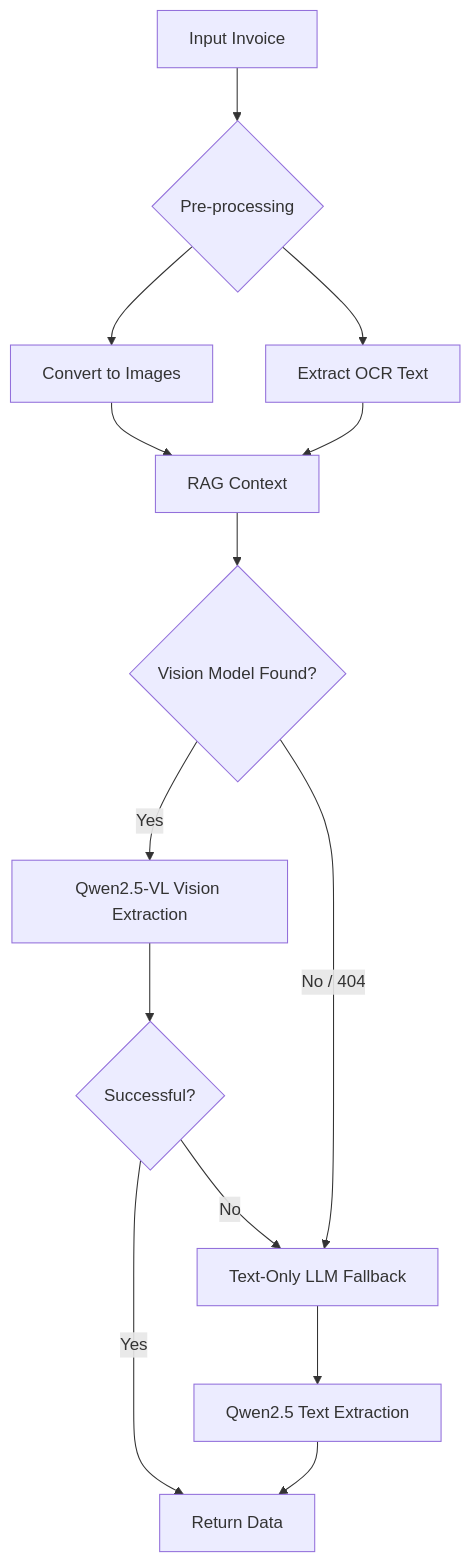
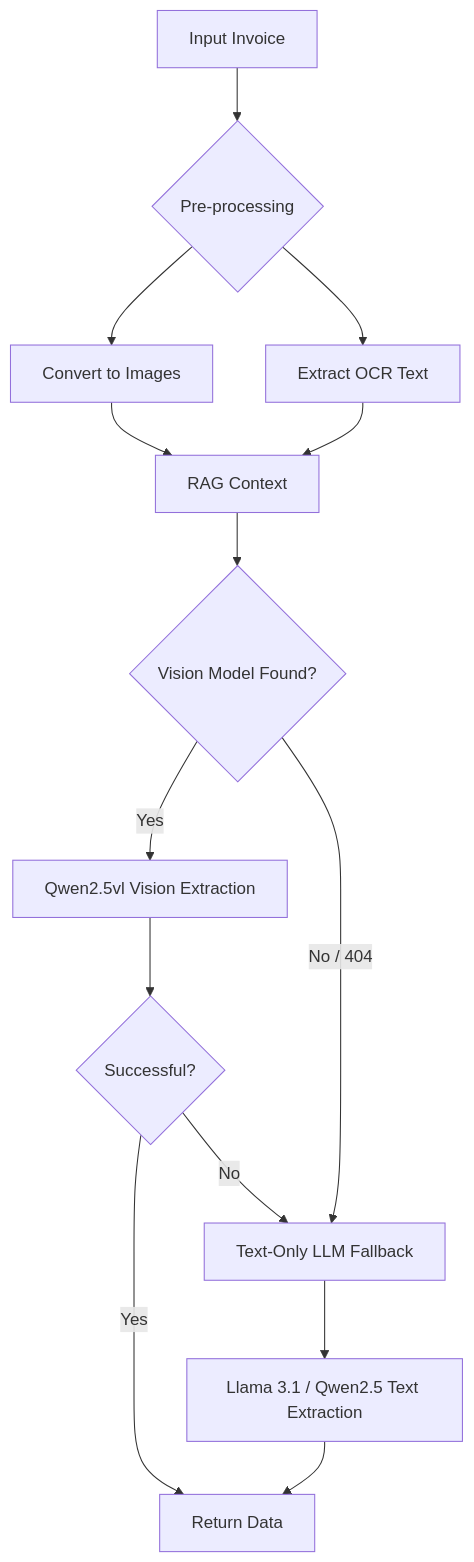
One commit to raghuramr-jpg/einvoice-processing changed the fourth of 4 diagrams in README.md. Above: the diagram before and after it, drawn with Mermaid. The commit also changed other lines of this file and 13 other files, not shown here.

````diff
--- a/README.md
+++ b/README.md
@@ -167,21 +167,21 @@
 ```mermaid
 graph TD
     A[Input Invoice] --> B{Pre-processing}
     B --> C[Convert to Images]
     B --> D[Extract OCR Text]
     
     C --> E[RAG Context]
     D --> E
     
     E --> F{Vision Model Found?}
     
-    F -- Yes --> G[Qwen2.5-VL Vision Extraction]
+    F -- Yes --> G[Qwen2.5vl Vision Extraction]
     F -- No / 404 --> H[Text-Only LLM Fallback]
     
     G --> I{Successful?}
     I -- Yes --> K[Return Data]
     I -- No --> H
     
-    H --> J[Qwen2.5 Text Extraction]
+    H --> J[Llama 3.1 / Qwen2.5 Text Extraction]
     J --> K
 ```
````
